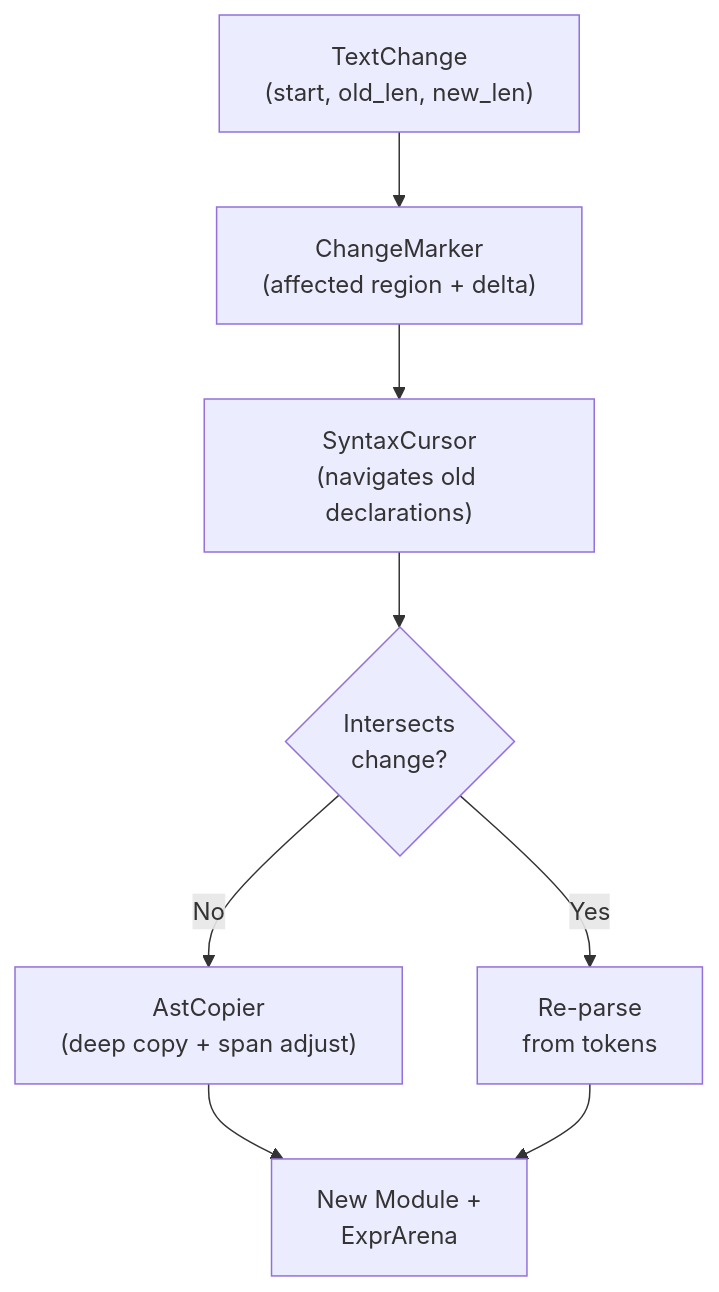
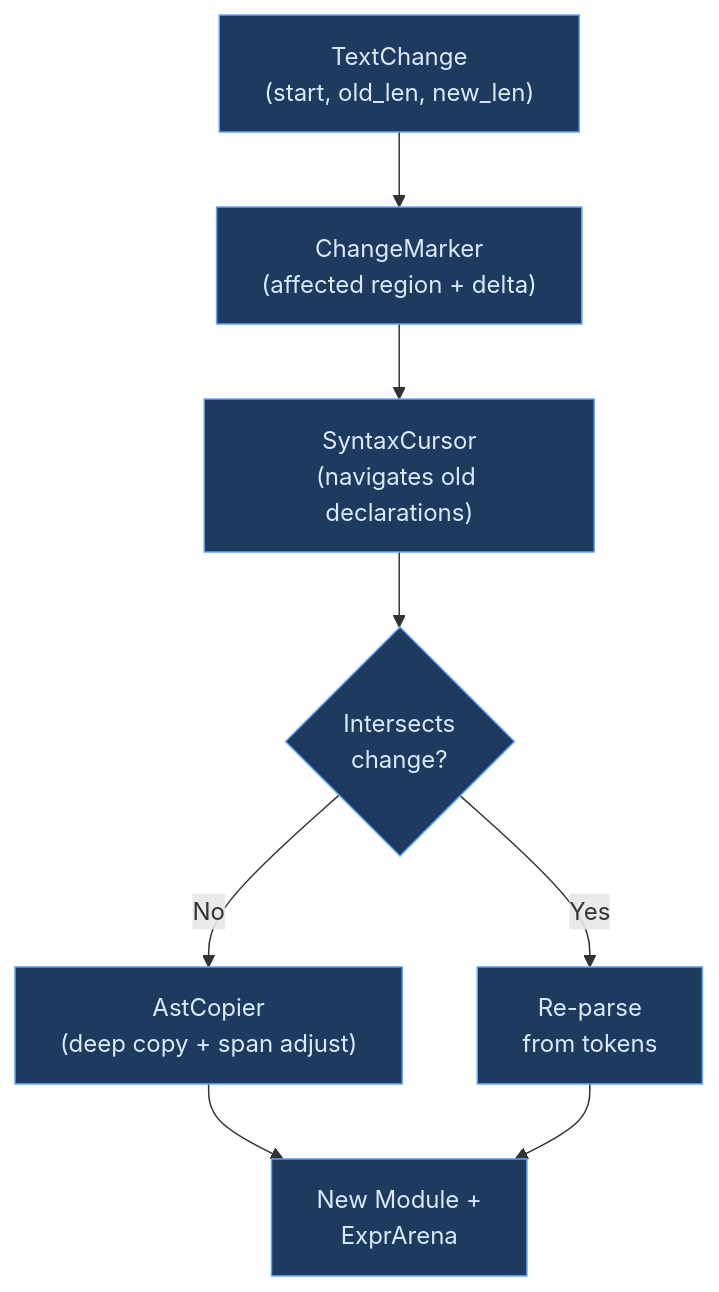
Before and after one commit to upstat-io/ori-lang: the diagram in docs/compiler/design/04-parser/incremental-parsing.md, drawn with Mermaid. The commit also changed other lines of this file and 152 other files, not shown here.

````diff
--- a/docs/compiler/design/04-parser/incremental-parsing.md
+++ b/docs/compiler/design/04-parser/incremental-parsing.md
@@ -34,17 +70,19 @@
 ```mermaid
 flowchart TB
     change["TextChange
-(start, old_len, new_len)"] --> marker["ChangeMarker
-(affected region + delta)"]
+(start, old_len, new_len)"]:::frontend --> marker["ChangeMarker
+(affected region + delta)"]:::frontend
     marker --> cursor["SyntaxCursor
-(navigates old declarations)"]
+(navigates old declarations)"]:::frontend
     cursor --> decision{Intersects
-change?}
+change?}:::frontend
     decision -->|No| copy["AstCopier
-(deep copy + span adjust)"]
+(deep copy + span adjust)"]:::frontend
     decision -->|Yes| reparse["Re-parse
-from tokens"]
+from tokens"]:::frontend
     copy --> result["New Module +
-ExprArena"]
+ExprArena"]:::frontend
     reparse --> result
+
+    classDef frontend fill:#1e3a5f,stroke:#60a5fa,color:#dbeafe
 ```
````
